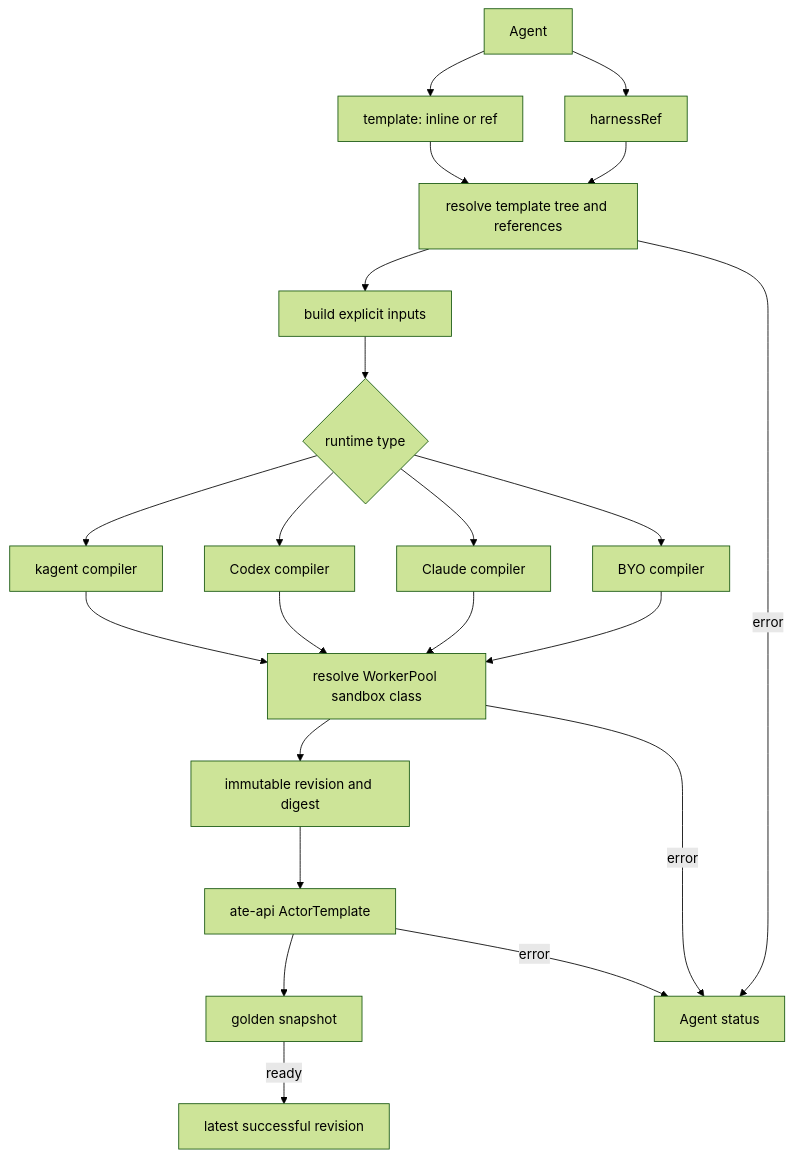
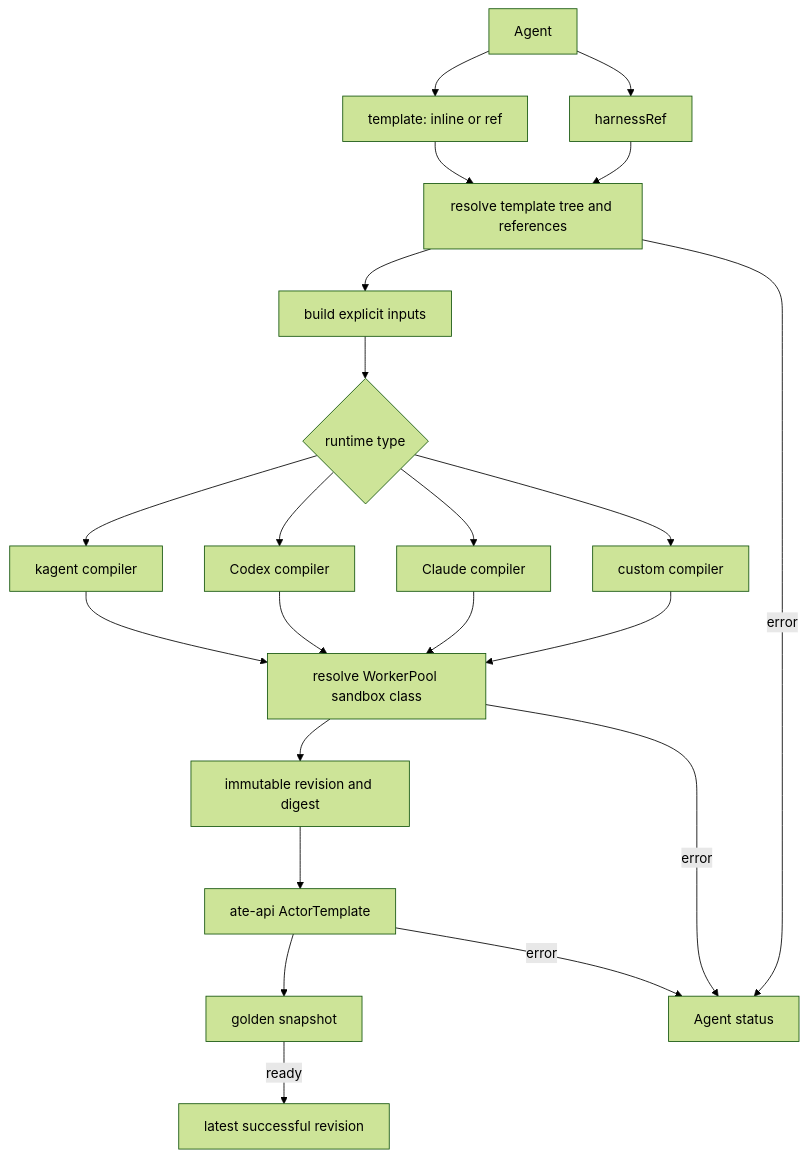
Before and after one commit to kagent-dev/kagent: the diagram in docs/architecture/configuration-and-compilation.md, drawn with Mermaid (forest theme). The commit also changed other lines of this file and 72 other files, not shown here.

````diff
--- a/docs/architecture/configuration-and-compilation.md
+++ b/docs/architecture/configuration-and-compilation.md
@@ -92,24 +93,24 @@
 ```mermaid
 flowchart TD
     A[Agent] --> T[template: inline or ref]
     A --> H[harnessRef]
     T --> RESOLVE[resolve template tree and references]
     H --> RESOLVE
     RESOLVE --> INPUTS[build explicit inputs]
     INPUTS --> REGISTRY{runtime type}
     REGISTRY --> K[kagent compiler]
     REGISTRY --> X[Codex compiler]
     REGISTRY --> C[Claude compiler]
-    REGISTRY --> B[BYO compiler]
+    REGISTRY --> B[custom compiler]
     K --> POOL[resolve WorkerPool sandbox class]
     X --> POOL
     C --> POOL
     B --> POOL
     POOL --> REV[immutable revision and digest]
     POOL -->|error| STATUS
     REV --> ATE[ate-api ActorTemplate]
     ATE --> GOLDEN[golden snapshot]
     GOLDEN -->|ready| LATEST[latest successful revision]
     RESOLVE -->|error| STATUS[Agent status]
     ATE -->|error| STATUS
 ```
````
